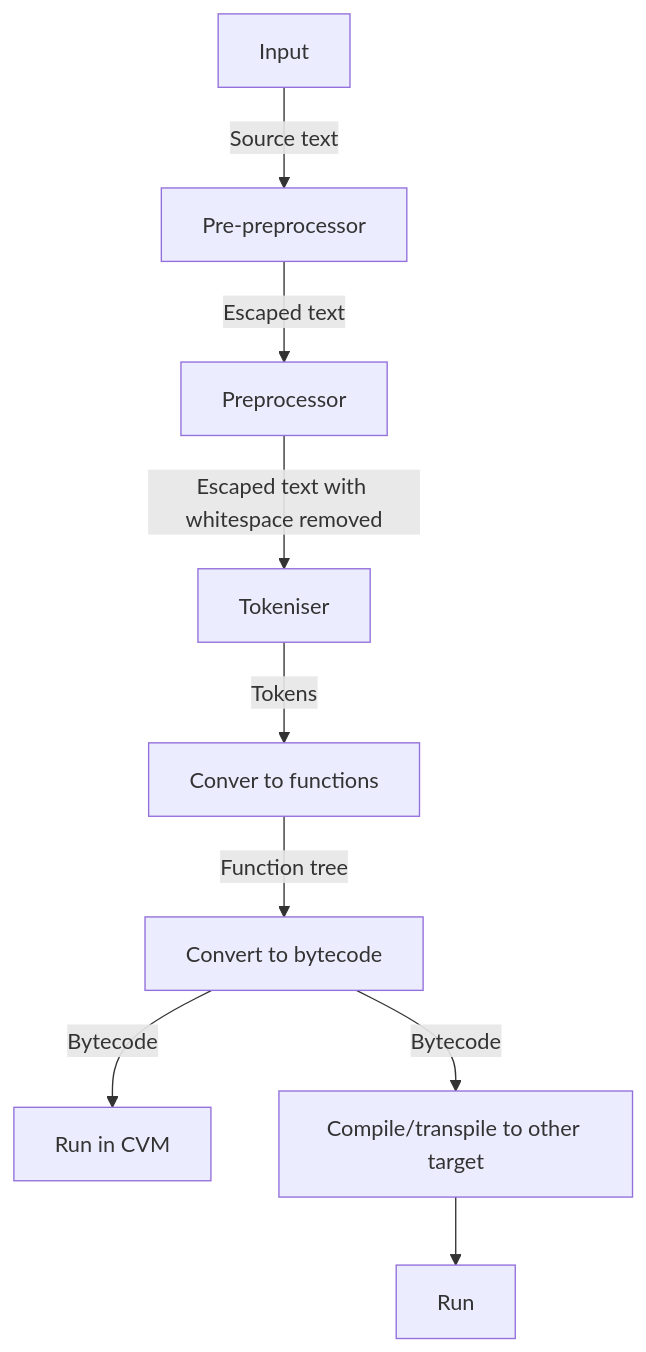
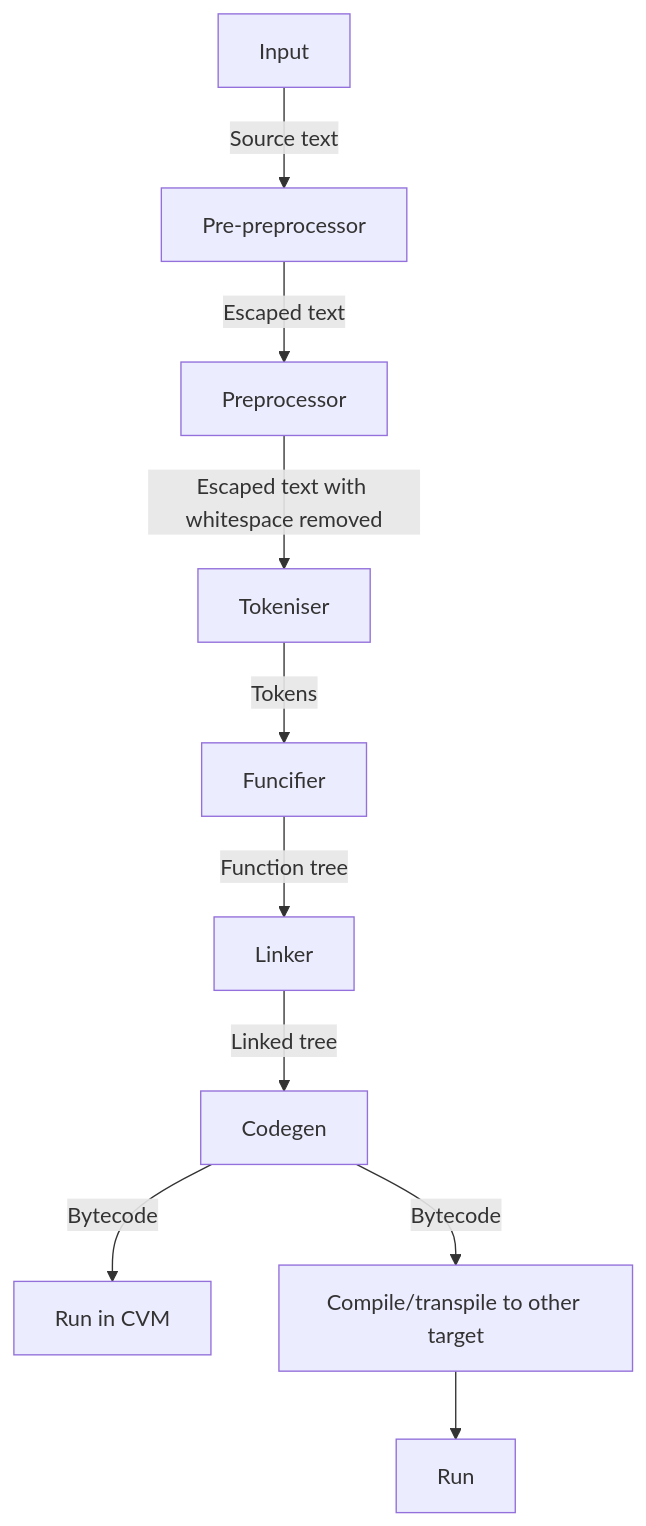
Before and after one commit to MediumDifficulty/carrot: the diagram in README.md, drawn with Mermaid. The commit also changed 7 other files, not shown here.

````diff
--- a/README.md
+++ b/README.md
@@ -5,12 +5,13 @@
 ```mermaid
 flowchart TD
     I[Input]
     --> |Source text| PPP[Pre-preprocessor]
     --> |Escaped text| PP[Preprocessor]
     --> |Escaped text with whitespace removed| T[Tokeniser]
-    --> |Tokens| F[Conver to functions]
-    --> |Function tree| B[Convert to bytecode]
+    --> |Tokens| F[Funcifier]
+    --> |Function tree| L[Linker]
+    --> |Linked tree| B[Codegen]
     B --> |Bytecode| VM[Run in CVM]
     B --> |Bytecode| C[Compile/transpile to other target]
     C --> Run
 ```
````
